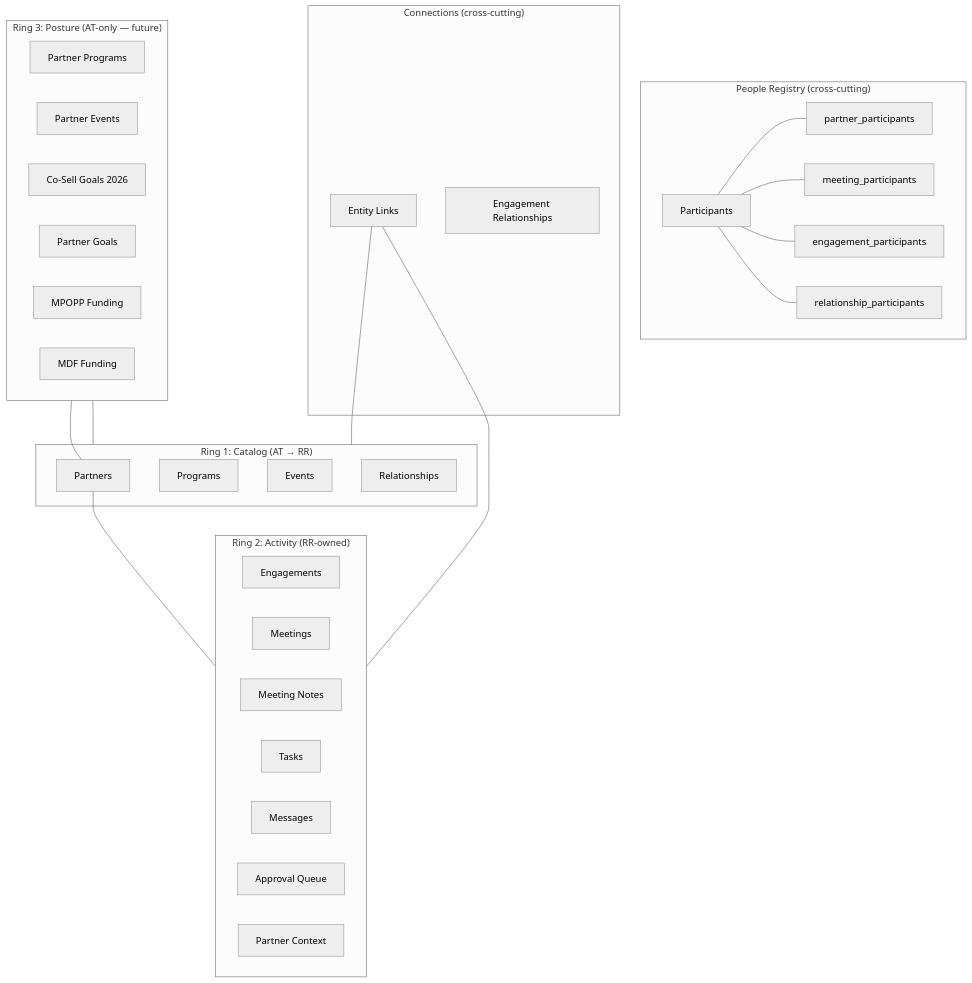
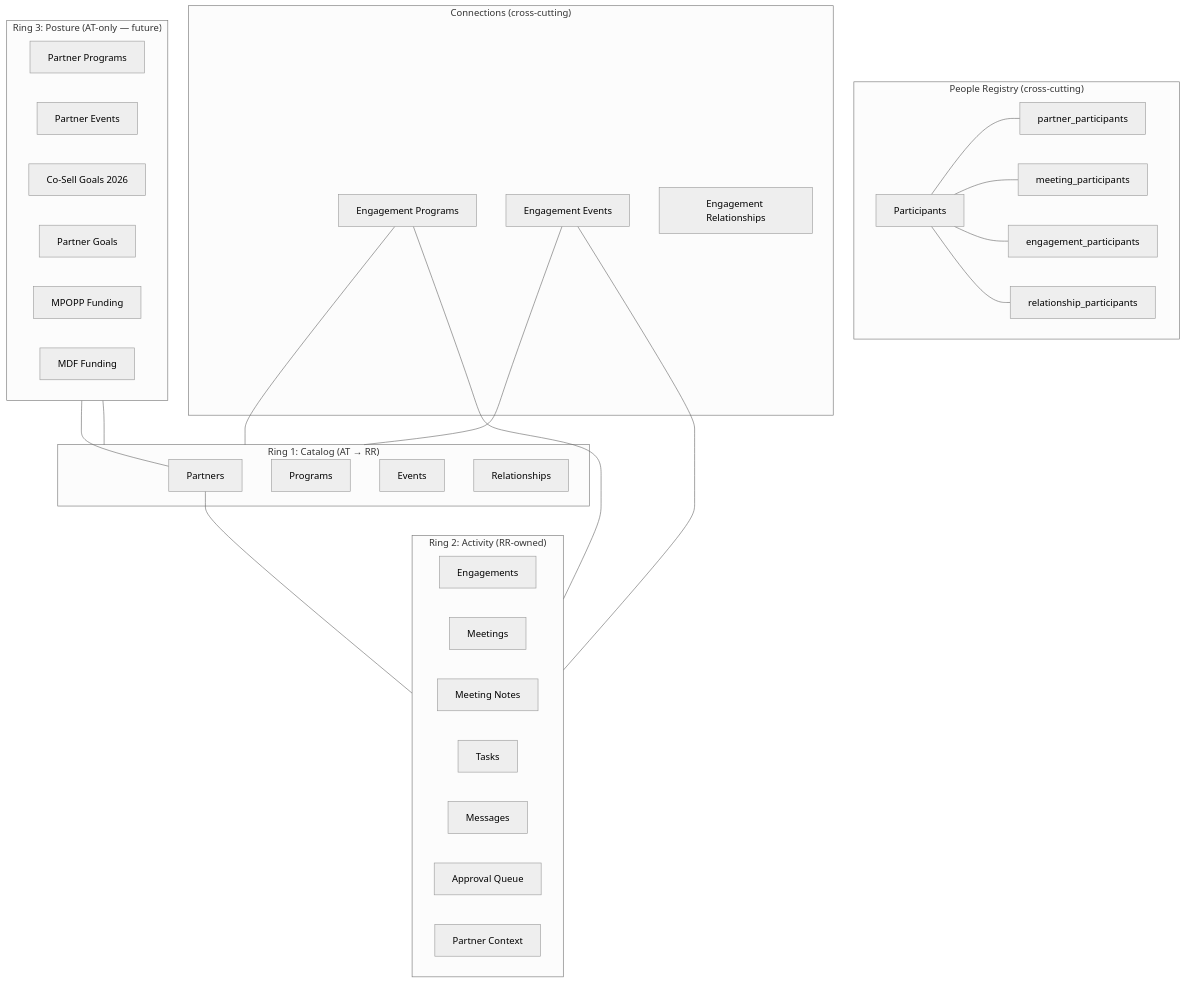
One commit to zingozingo/roadrunner changed the first of 5 diagrams in docs/entity-model.md. Above: the diagram before and after it, drawn with Mermaid (neutral theme). The commit also changed other lines of this file and 3 other files, not shown here.

Commit message:
docs: add decisions 221-232, update docs for entity_links migration and intake redesign

````diff
--- a/docs/entity-model.md
+++ b/docs/entity-model.md
@@ -22,48 +22,51 @@
 ```mermaid
 graph TB
     subgraph RING1["Ring 1: Catalog (AT → RR)"]
         PARTNERS[Partners]
         PROGRAMS[Programs]
         EVENTS[Events]
         RELATIONSHIPS[Relationships]
     end
 
     subgraph RING2["Ring 2: Activity (RR-owned)"]
         ENGAGEMENTS[Engagements]
         MEETINGS[Meetings]
         MEETING_NOTES[Meeting Notes]
         TASKS[Tasks]
         MESSAGES[Messages]
         APPROVAL_QUEUE[Approval Queue]
         PARTNER_CONTEXT[Partner Context]
     end
 
     subgraph PEOPLE["People Registry (cross-cutting)"]
         PARTICIPANTS[Participants]
         PP[partner_participants]
         MP[meeting_participants]
         EP[engagement_participants]
         RP[relationship_participants]
     end
 
     subgraph JUNCTIONS["Connections (cross-cutting)"]
-        EL[Entity Links]
+        ELP[Engagement Programs]
+        ELE[Engagement Events]
         ER[Engagement Relationships]
     end
 
     subgraph RING3["Ring 3: Posture (AT-only — future)"]
         PARTNER_PROGRAMS[Partner Programs]
         PARTNER_EVENTS[Partner Events]
         COSELL_GOALS[Co-Sell Goals 2026]
         PARTNER_GOALS[Partner Goals]
         MPOPP[MPOPP Funding]
         MDF[MDF Funding]
     end
 
     PARTNERS --- RING2
     PARTICIPANTS --- PP & MP & EP & RP
-    EL --- RING1
-    EL --- RING2
+    ELP --- RING1
+    ELE --- RING1
+    ELP --- RING2
+    ELE --- RING2
     RING3 --- PARTNERS
     RING3 --- RING1
 ```
````
